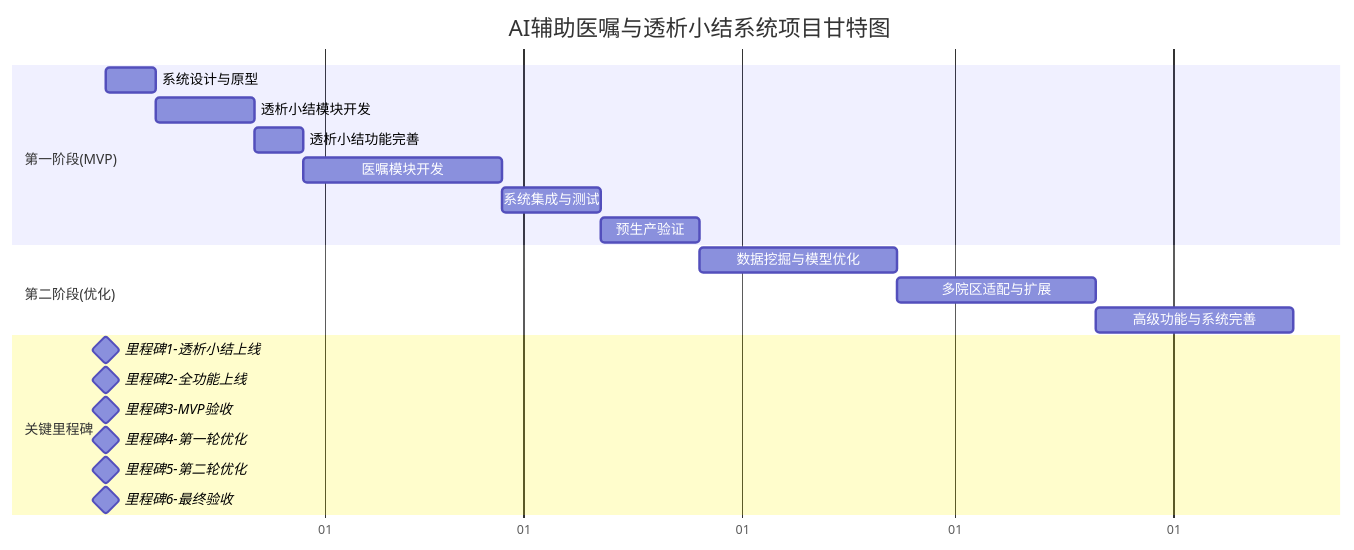
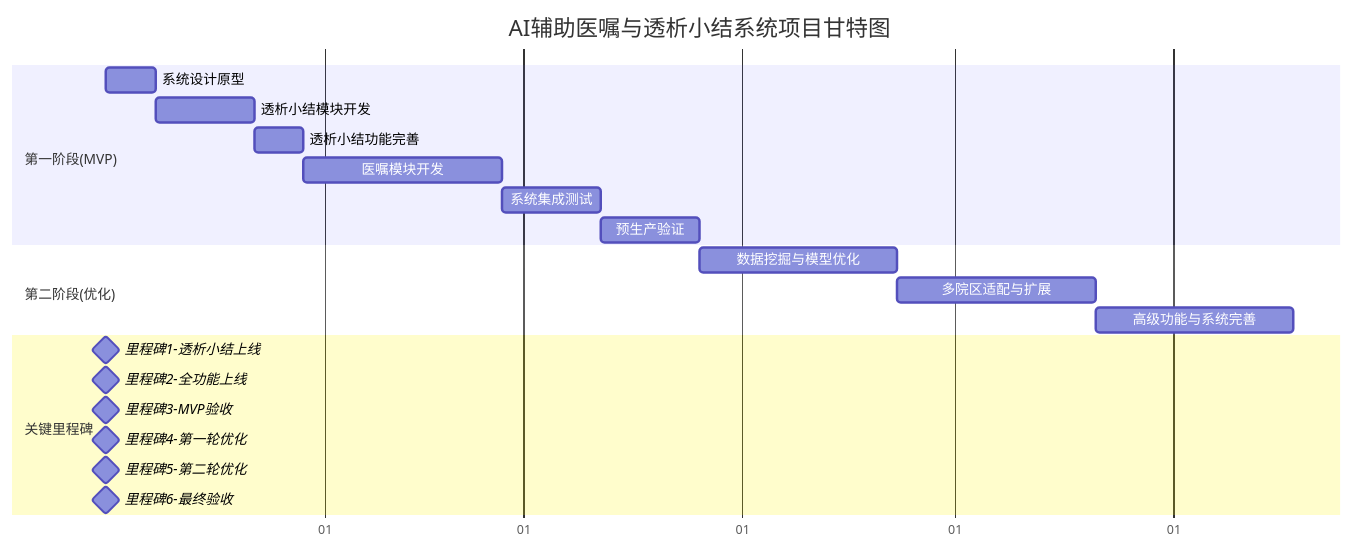
The diagram in 文档/AI辅助医嘱与透析小结系统项目计划书.md (anlaganlag/med), drawn with Mermaid before and after one commit. The commit also changed other lines of this file and 2 other files, not shown here.

````diff
--- a/文档/AI辅助医嘱与透析小结系统项目计划书.md
+++ b/文档/AI辅助医嘱与透析小结系统项目计划书.md
@@ -246,27 +258,27 @@
 ```mermaid
 gantt
     title AI辅助医嘱与透析小结系统项目甘特图
     dateFormat X
     axisFormat %d
 
     section 第一阶段(MVP)
-    系统设计与原型        :a1, 1, 7d
+    系统设计原型        :a1, 1, 7d
     透析小结模块开发       :a2, after a1, 14d
     透析小结功能完善       :a3, after a2, 7d
     医嘱模块开发          :a4, after a3, 28d
-    系统集成与测试        :a5, after a4, 14d
+    系统集成测试        :a5, after a4, 14d
     预生产验证           :a6, after a5, 14d
 
     section 第二阶段(优化)
     数据挖掘与模型优化     :b1, after a6, 28d
     多院区适配与扩展       :b2, after b1, 28d
     高级功能与系统完善     :b3, after b2, 28d
 
     section 关键里程碑
     里程碑1-透析小结上线   :milestone, m1, 28, 0d
     里程碑2-全功能上线     :milestone, m2, 56, 0d
     里程碑3-MVP验收       :milestone, m3, 84, 0d
     里程碑4-第一轮优化     :milestone, m4, 112, 0d
     里程碑5-第二轮优化     :milestone, m5, 140, 0d
     里程碑6-最终验收       :milestone, m6, 168, 0d
 ```
````
